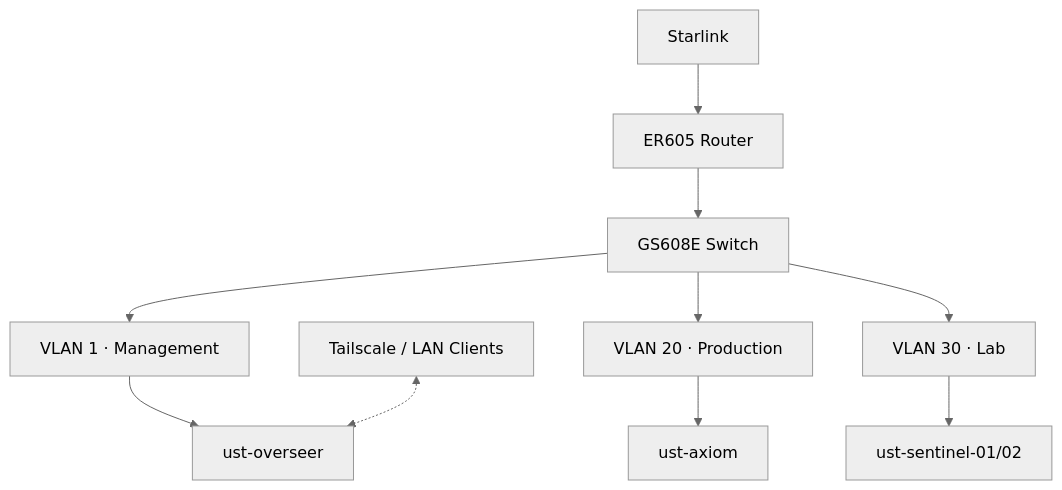
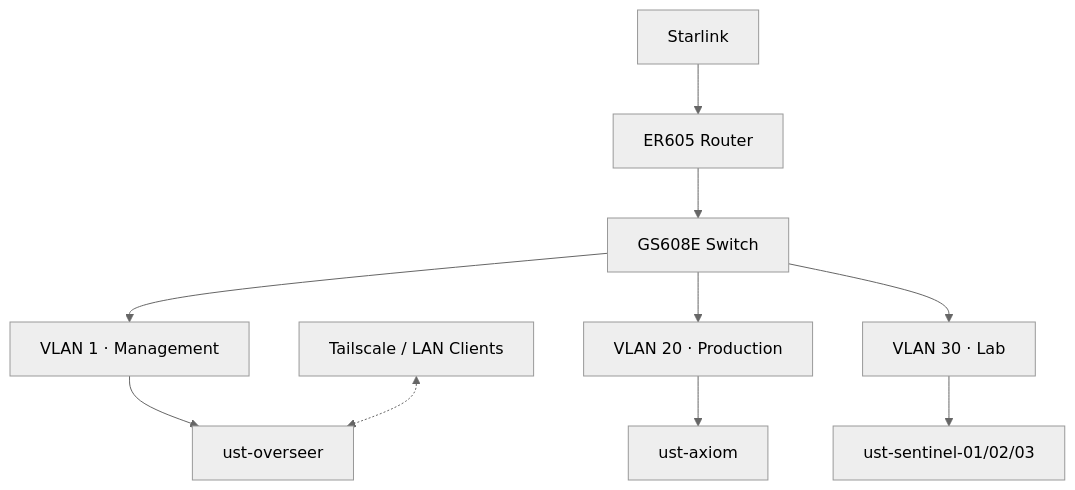
One commit to quentu/ust-net-homelab changed the diagram in docs/network/topology.md. Above: the diagram before and after it, drawn with Mermaid (neutral theme). The commit also changed other lines of this file, not shown here.

Commit message:
Update network topology with additional sentinel
Added ust-sentinel-03 to the network topology and subnets.

````diff
--- a/docs/network/topology.md
+++ b/docs/network/topology.md
@@ -5,12 +5,12 @@
 ```mermaid
 flowchart TD
     Internet["Starlink"] --> Router["ER605 Router"]
     Router --> Switch["GS608E Switch"]
     Switch --> Mgmt["VLAN 1 · Management"]
     Switch --> Prod["VLAN 20 · Production"]
     Switch --> Lab["VLAN 30 · Lab"]
     Mgmt --> Overseer["ust-overseer"]
     Prod --> Axiom["ust-axiom"]
-    Lab --> Sentinel["ust-sentinel-01/02"]
+    Lab --> Sentinel["ust-sentinel-01/02/03"]
     Remote["Tailscale / LAN Clients"] <-.-> Overseer
 ```
````
